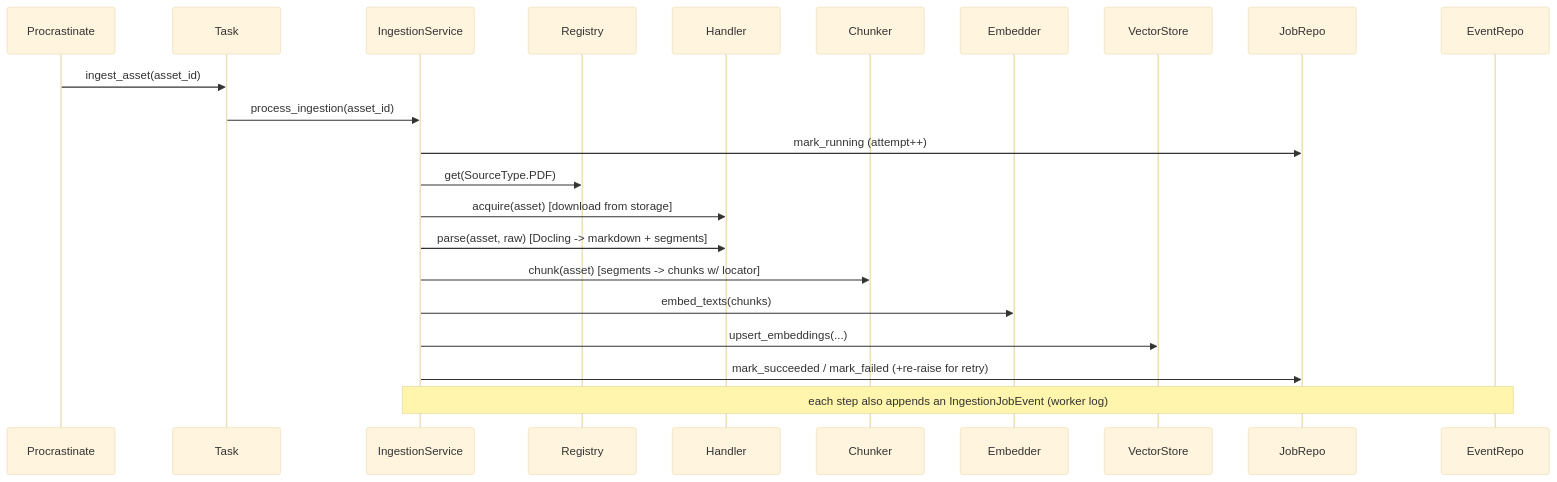
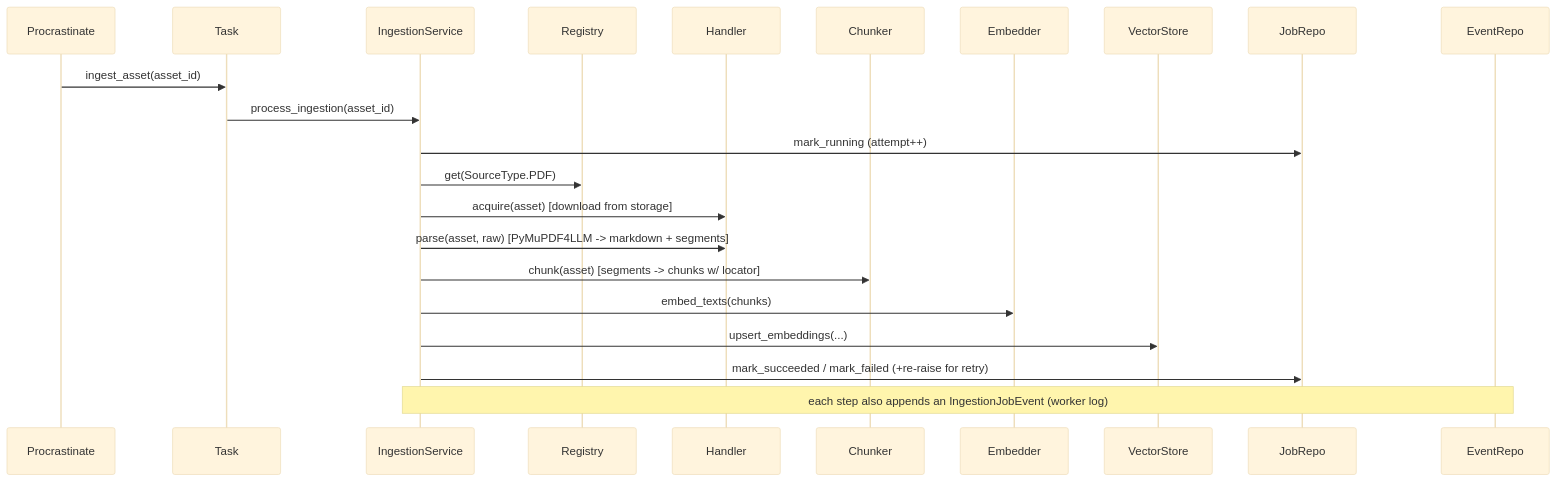
One commit to RoshanMuhammedR/KB-ULT changed the second of 3 diagrams in docs/architecture.md. Above: the diagram before and after it, drawn with Mermaid (base theme). The commit also changed other lines of this file and 18 other files, not shown here.

````diff
--- a/docs/architecture.md
+++ b/docs/architecture.md
@@ -89,25 +89,25 @@
 ```mermaid
 sequenceDiagram
   participant Queue as Procrastinate
   participant Task
   participant IngestionService
   participant Registry
   participant Handler
   participant Chunker
   participant Embedder
   participant VectorStore
   participant JobRepo
   participant EventRepo
 
   Queue->>Task: ingest_asset(asset_id)
   Task->>IngestionService: process_ingestion(asset_id)
   IngestionService->>JobRepo: mark_running (attempt++)
   IngestionService->>Registry: get(SourceType.PDF)
   IngestionService->>Handler: acquire(asset) [download from storage]
-  IngestionService->>Handler: parse(asset, raw) [Docling -> markdown + segments]
+  IngestionService->>Handler: parse(asset, raw) [PyMuPDF4LLM -> markdown + segments]
   IngestionService->>Chunker: chunk(asset) [segments -> chunks w/ locator]
   IngestionService->>Embedder: embed_texts(chunks)
   IngestionService->>VectorStore: upsert_embeddings(...)
   IngestionService->>JobRepo: mark_succeeded / mark_failed (+re-raise for retry)
   Note over IngestionService,EventRepo: each step also appends an IngestionJobEvent (worker log)
 ```
````
